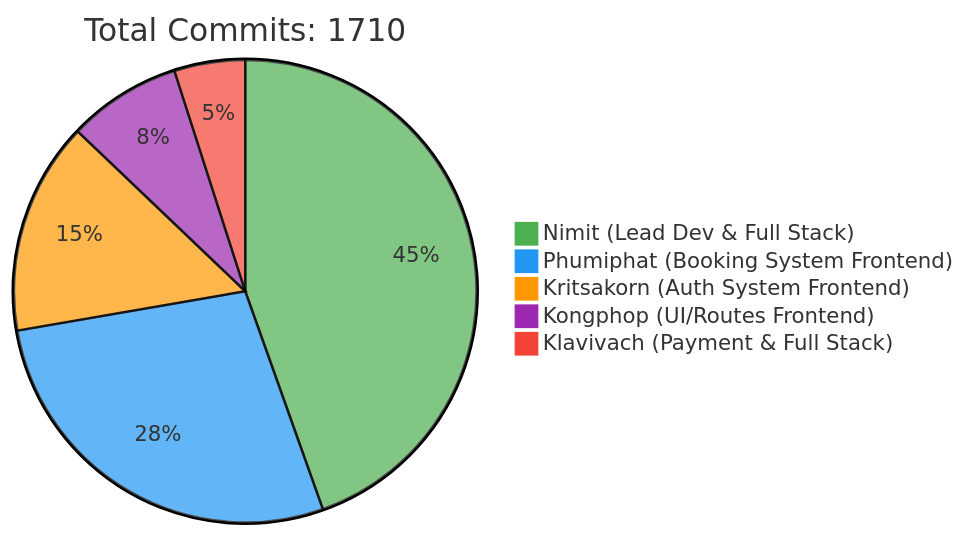
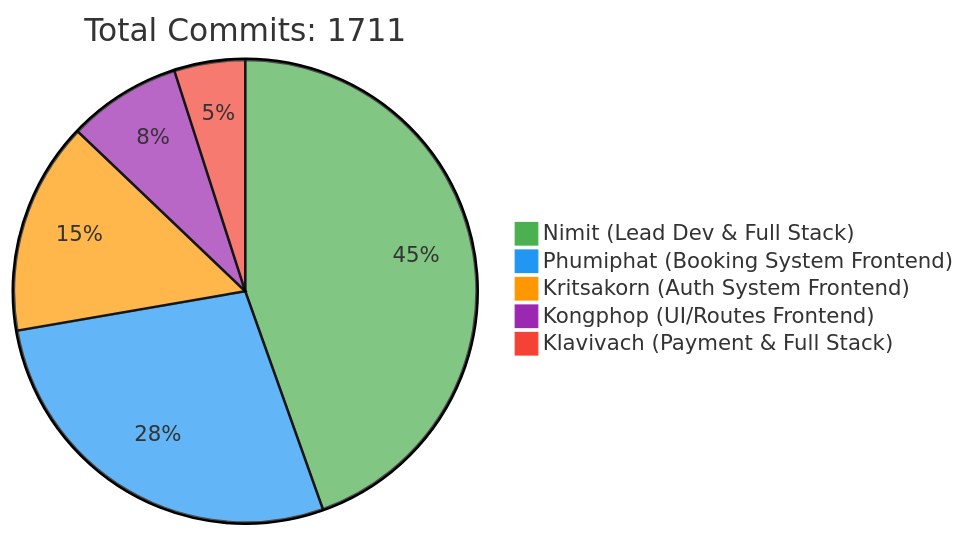
The first of 2 diagrams in README.md (6531503042/Sport-Complex), drawn with Mermaid before and after one commit. The commit also changed other lines of this file, not shown here.

Commit message:
docs: Update contributor statistics [skip ci]

````diff
--- a/README.md
+++ b/README.md
@@ -257,10 +257,10 @@
 ```mermaid
 %%{init: {'theme': 'base', 'themeVariables': { 'pie1': '#4CAF50', 'pie2': '#2196F3', 'pie3': '#FF9800', 'pie4': '#9C27B0', 'pie5': '#F44336'}}}%%
 pie
-    title Total Commits: 1710
+    title Total Commits: 1711
     "Nimit (Lead Dev & Full Stack)" : 450
     "Phumiphat (Booking System Frontend)" : 280
     "Kritsakorn (Auth System Frontend)" : 150
     "Kongphop (UI/Routes Frontend)" : 80
     "Klavivach (Payment & Full Stack)" : 50
 ```
````
